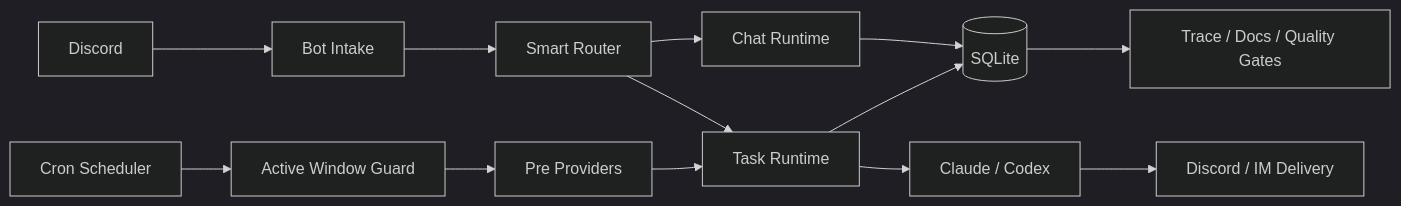
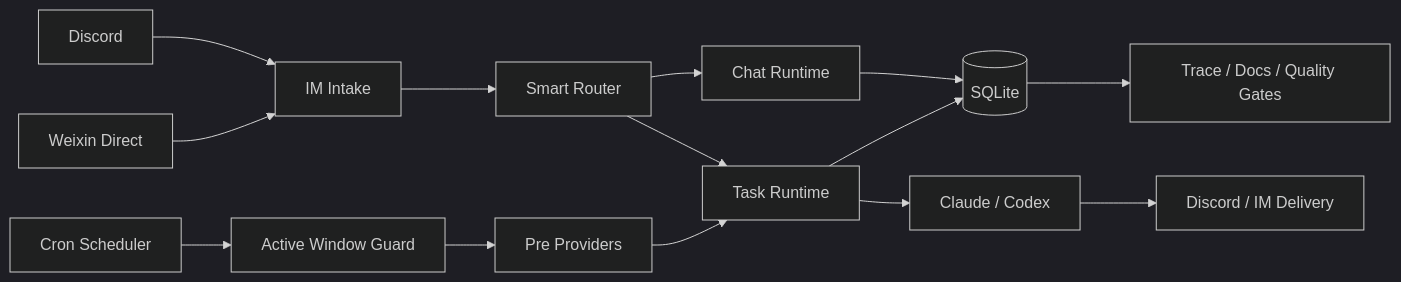
Before and after one commit to yuanyunfan/miniclaw: the first of 2 diagrams in website/en/index.md, drawn with Mermaid (dark theme). The commit also changed other lines of this file and 20 other files, not shown here.

````diff
--- a/website/en/index.md
+++ b/website/en/index.md
@@ -27,15 +27,16 @@
 ```mermaid
 flowchart LR
-  Discord[Discord] --> Intake[Bot Intake]
+  Discord[Discord] --> Intake[IM Intake]
+  Weixin[Weixin Direct] --> Intake
   Intake --> Router[Smart Router]
   Router --> Chat[Chat Runtime]
   Router --> Task[Task Runtime]
   Cron[Cron Scheduler] --> ActiveWindow[Active Window Guard]
   ActiveWindow --> Providers[Pre Providers]
   Providers --> Task
   Task --> Agents[Claude / Codex]
   Chat --> Store[(SQLite)]
   Task --> Store
   Agents --> Delivery[Discord / IM Delivery]
   Store --> Quality[Trace / Docs / Quality Gates]
 ```
````
